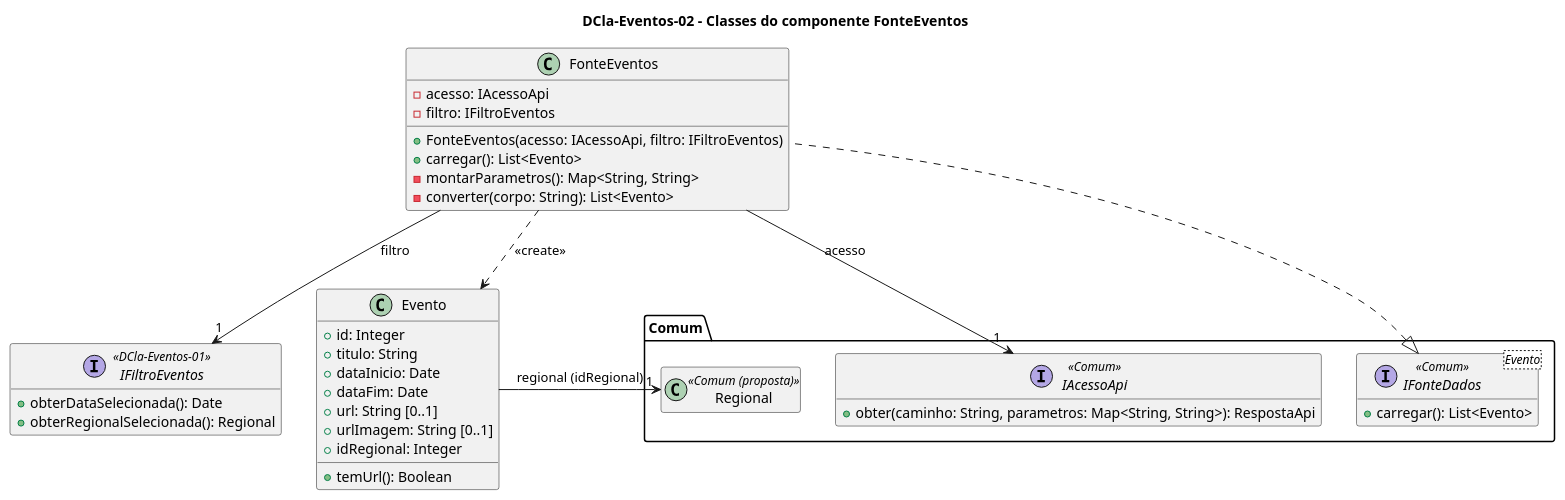
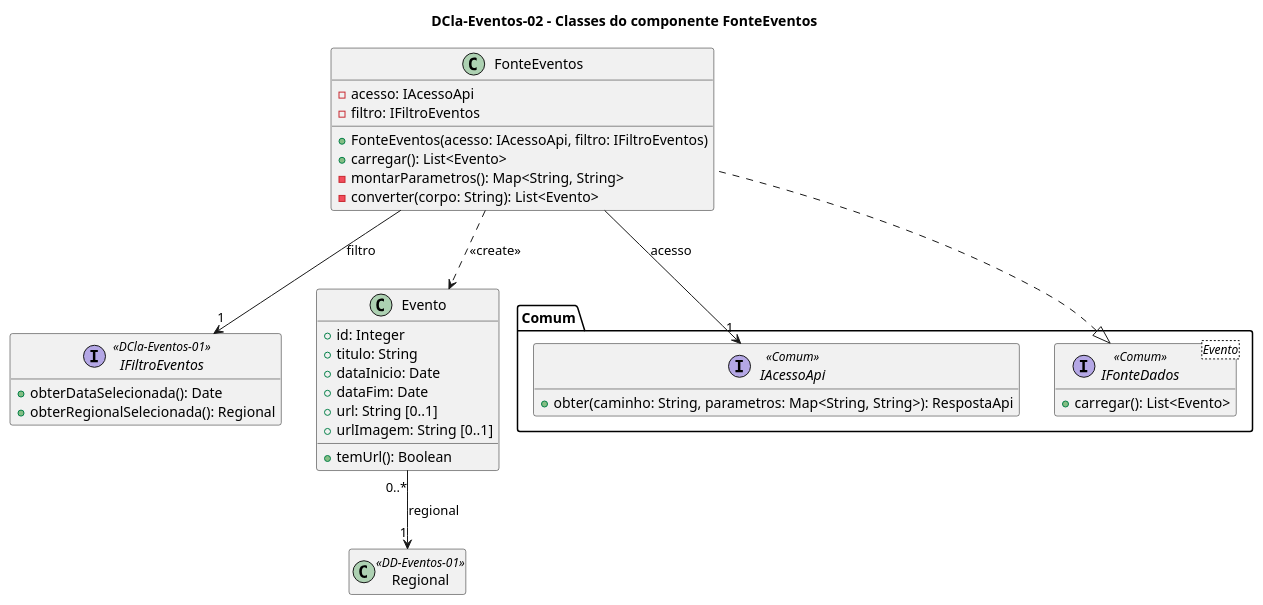
The diagram in Eventos/DCla-Eventos-02.puml (joseduardogon/Minha_UFG_Grupo_Cinza), drawn with PlantUML before and after one commit. The commit also changed 43 other files, not shown here.

```diff
--- a/Eventos/DCla-Eventos-02.puml
+++ b/Eventos/DCla-Eventos-02.puml
@@ -1,45 +1,45 @@
 @startuml DCla-Eventos-02
 title DCla-Eventos-02 – Classes do componente FonteEventos
 hide empty members
 
 package "Comum" {
   interface "IFonteDados<Evento>" as IFonteDados <<Comum>> {
     + carregar(): List<Evento>
   }
   interface IAcessoApi <<Comum>> {
     + obter(caminho: String, parametros: Map<String, String>): RespostaApi
   }
-  class Regional <<Comum (proposta)>>
 }
 
 interface IFiltroEventos <<DCla-Eventos-01>> {
   + obterDataSelecionada(): Date
   + obterRegionalSelecionada(): Regional
 }
 
 class FonteEventos {
   - acesso: IAcessoApi
   - filtro: IFiltroEventos
   + FonteEventos(acesso: IAcessoApi, filtro: IFiltroEventos)
   + carregar(): List<Evento>
   - montarParametros(): Map<String, String>
   - converter(corpo: String): List<Evento>
 }
 
+class Regional <<DD-Eventos-01>>
+
 class Evento {
   + id: Integer
   + titulo: String
   + dataInicio: Date
   + dataFim: Date
   + url: String [0..1]
   + urlImagem: String [0..1]
-  + idRegional: Integer
   + temUrl(): Boolean
 }
 
 IFonteDados <|.. FonteEventos
 FonteEventos --> "1" IAcessoApi : acesso
 FonteEventos --> "1" IFiltroEventos : filtro
 FonteEventos ..> Evento : <<create>>
-Evento --> "1" Regional : regional (idRegional)
+Evento "0..*" --> "1" Regional : regional
 @enduml
```
